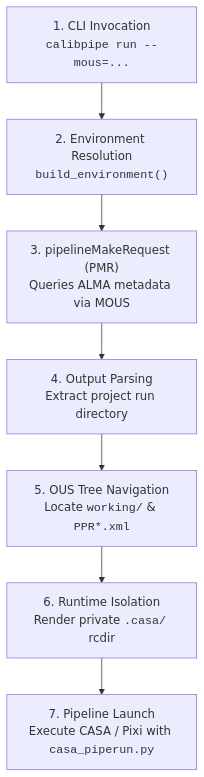
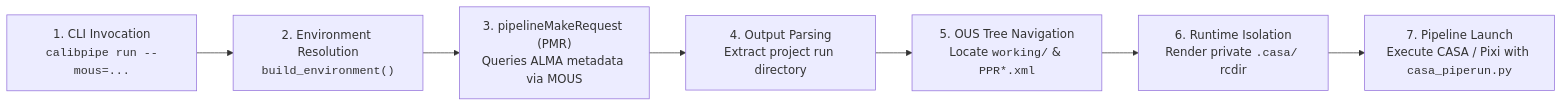
Before and after one commit to ra-pipeline/calibpipe: the diagram in docs/internals.md, drawn with Mermaid. The commit also changed 3 other files, not shown here.

Commit message:
docs: add mermaid lightbox zoom and compact CSS

````diff
--- a/docs/internals.md
+++ b/docs/internals.md
@@ -11,9 +11,9 @@
 ```mermaid
-flowchart TD
+flowchart LR
     CLI["1. CLI Invocation<br/><code>calibpipe run --mous=...</code>"] --> Env["2. Environment Resolution<br/><code>build_environment()</code>"]
     Env --> PMR["3. pipelineMakeRequest (PMR)<br/>Queries ALMA metadata via MOUS"]
     PMR --> Parse["4. Output Parsing<br/>Extract project run directory"]
     Parse --> OUS["5. OUS Tree Navigation<br/>Locate <code>working/</code> &amp; <code>PPR*.xml</code>"]
     OUS --> CasaRcdir["6. Runtime Isolation<br/>Render private <code>.casa/</code> rcdir"]
     CasaRcdir --> CasaRun["7. Pipeline Launch<br/>Execute CASA / Pixi with <code>casa_piperun.py</code>"]
 ```
````
